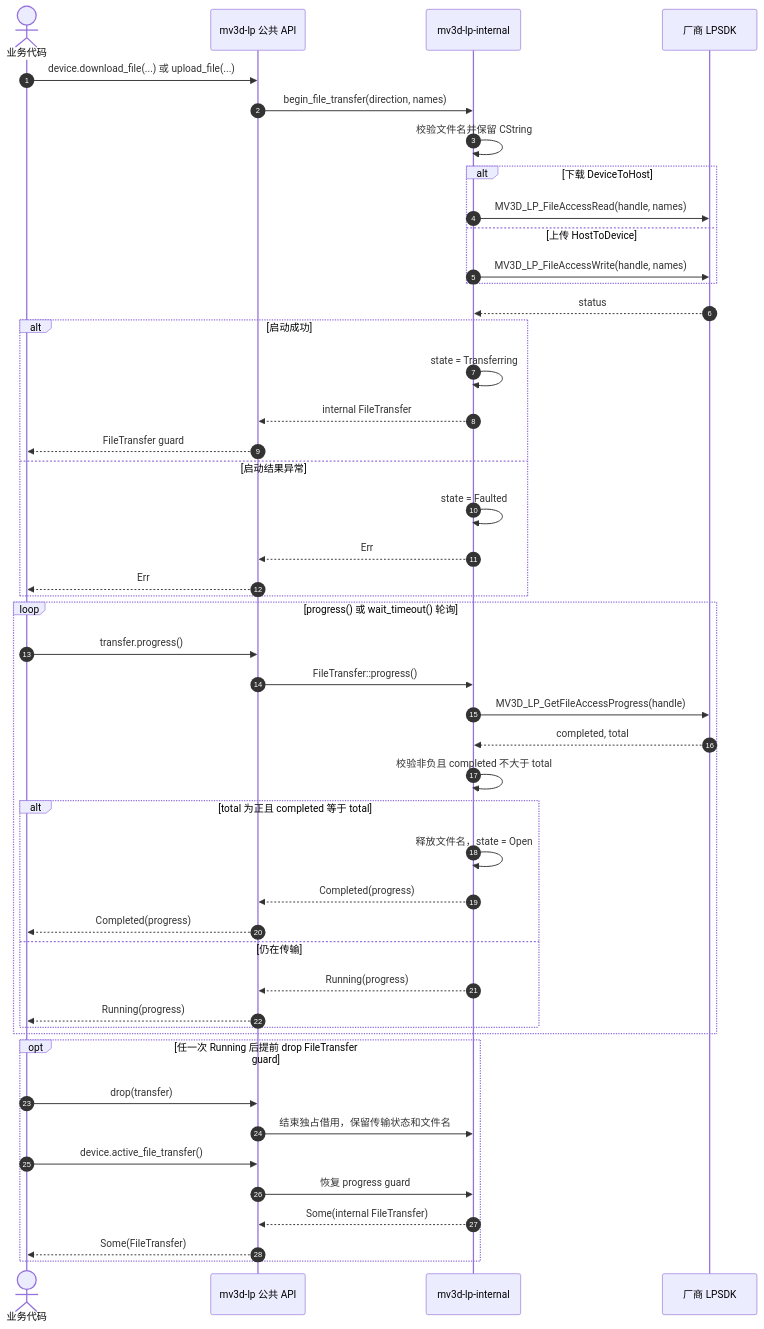
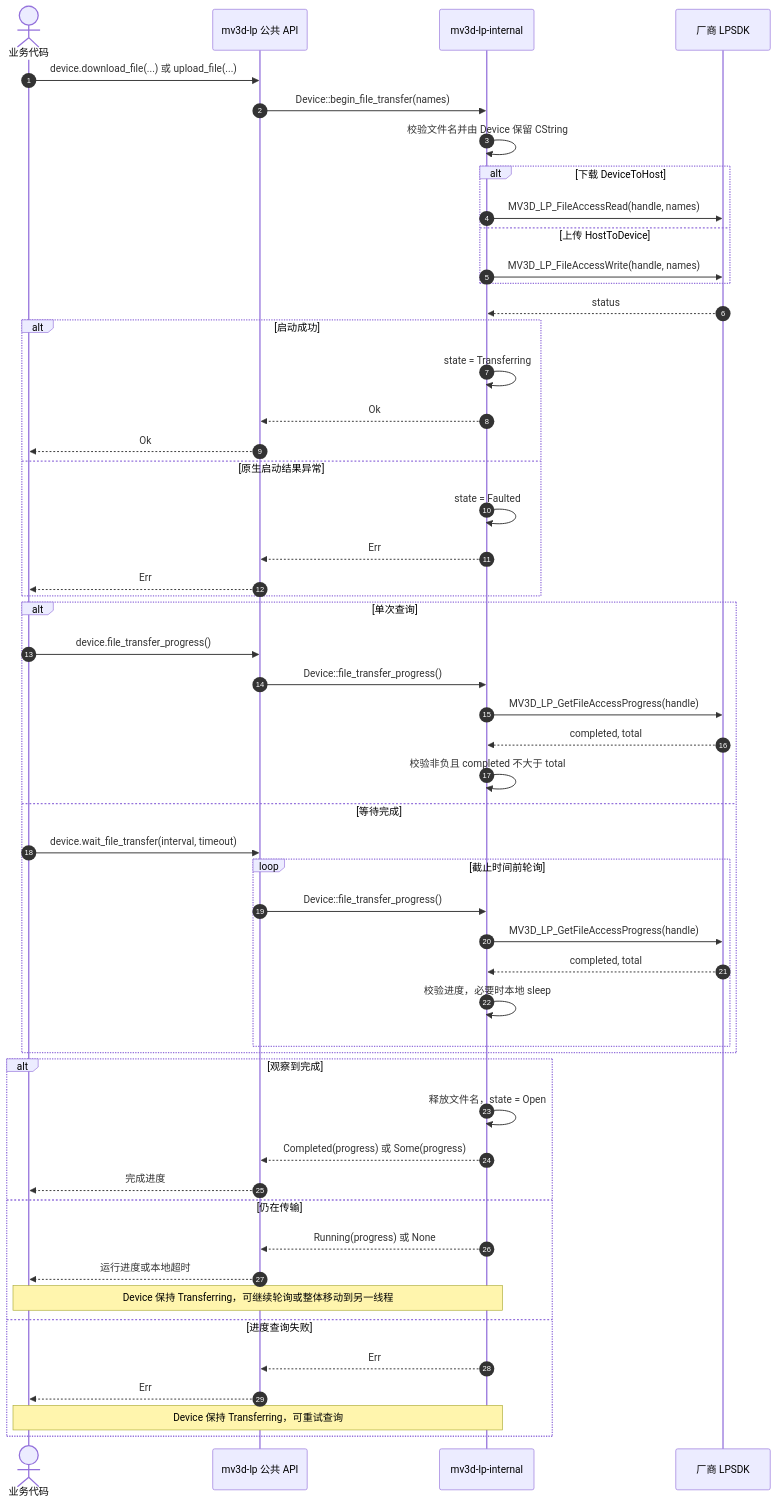
The diagram in 时序图/文件上传与下载.md (JSB-Unscarred/3dmvs-sdk-rs), drawn with Mermaid before and after one commit. The commit also changed other lines of this file and 27 other files, not shown here.

````diff
--- a/时序图/文件上传与下载.md
+++ b/时序图/文件上传与下载.md
@@ -3,52 +3,57 @@
 ```mermaid
 sequenceDiagram
     autonumber
     actor App as 业务代码
     participant Public as mv3d-lp 公共 API
     participant Core as mv3d-lp-internal
     participant Native as 厂商 LPSDK
 
     App->>Public: device.download_file(...) 或 upload_file(...)
-    Public->>Core: begin_file_transfer(direction, names)
-    Core->>Core: 校验文件名并保留 CString
+    Public->>Core: Device::begin_file_transfer(names)
+    Core->>Core: 校验文件名并由 Device 保留 CString
     alt 下载 DeviceToHost
         Core->>Native: MV3D_LP_FileAccessRead(handle, names)
     else 上传 HostToDevice
         Core->>Native: MV3D_LP_FileAccessWrite(handle, names)
     end
     Native-->>Core: status
     alt 启动成功
         Core->>Core: state = Transferring
-        Core-->>Public: internal FileTransfer
-        Public-->>App: FileTransfer guard
-    else 启动结果异常
+        Core-->>Public: Ok
+        Public-->>App: Ok
+    else 原生启动结果异常
         Core->>Core: state = Faulted
         Core-->>Public: Err
         Public-->>App: Err
     end
 
-    loop progress() 或 wait_timeout() 轮询
-        App->>Public: transfer.progress()
-        Public->>Core: FileTransfer::progress()
+    alt 单次查询
+        App->>Public: device.file_transfer_progress()
+        Public->>Core: Device::file_transfer_progress()
         Core->>Native: MV3D_LP_GetFileAccessProgress(handle)
         Native-->>Core: completed, total
         Core->>Core: 校验非负且 completed 不大于 total
-        alt total 为正且 completed 等于 total
-            Core->>Core: 释放文件名，state = Open
-            Core-->>Public: Completed(progress)
-            Public-->>App: Completed(progress)
-        else 仍在传输
-            Core-->>Public: Running(progress)
-            Public-->>App: Running(progress)
+    else 等待完成
+        App->>Public: device.wait_file_transfer(interval, timeout)
+        loop 截止时间前轮询
+            Public->>Core: Device::file_transfer_progress()
+            Core->>Native: MV3D_LP_GetFileAccessProgress(handle)
+            Native-->>Core: completed, total
+            Core->>Core: 校验进度，必要时本地 sleep
         end
     end
 
-    opt 任一次 Running 后提前 drop FileTransfer guard
-        App->>Public: drop(transfer)
-        Public->>Core: 结束独占借用，保留传输状态和文件名
-        App->>Public: device.active_file_transfer()
-        Public->>Core: 恢复 progress guard
-        Core-->>Public: Some(internal FileTransfer)
-        Public-->>App: Some(FileTransfer)
+    alt 观察到完成
+        Core->>Core: 释放文件名，state = Open
+        Core-->>Public: Completed(progress) 或 Some(progress)
+        Public-->>App: 完成进度
+    else 仍在传输
+        Core-->>Public: Running(progress) 或 None
+        Public-->>App: 运行进度或本地超时
+        Note over App,Core: Device 保持 Transferring，可继续轮询或整体移动到另一线程
+    else 进度查询失败
+        Core-->>Public: Err
+        Public-->>App: Err
+        Note over App,Core: Device 保持 Transferring，可重试查询
     end
 ```
````
